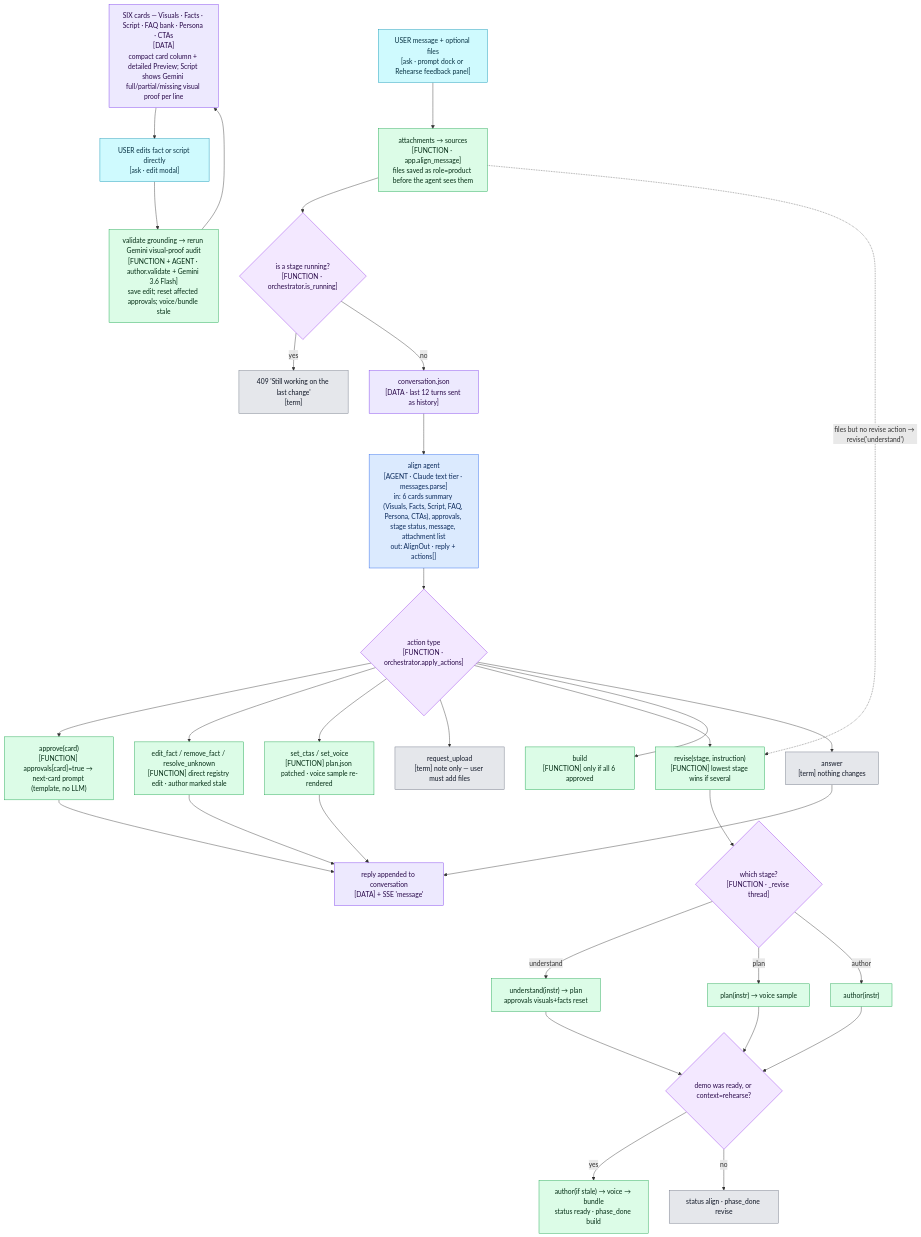
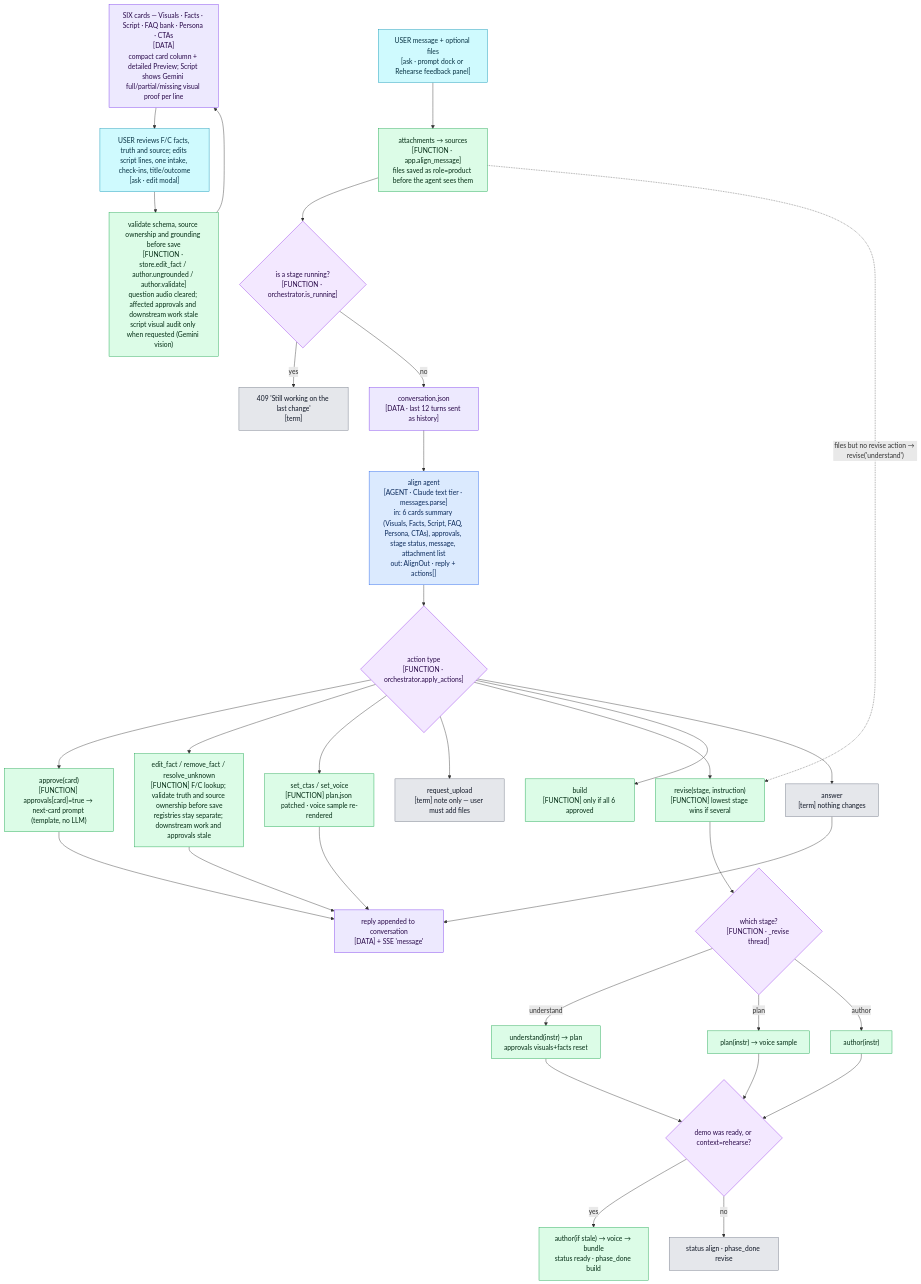
One commit to APareek89/demo-studio changed the diagram in docs/mermaid/03-align.mmd. Above: the diagram before and after it, drawn with Mermaid. The commit also changed 47 other files, not shown here.

```diff
--- a/docs/mermaid/03-align.mmd
+++ b/docs/mermaid/03-align.mmd
@@ -1,56 +1,56 @@
 %% 03 · Align loop — one prompt dock, one agent, structured actions
 flowchart TD
   N6["SIX cards — Visuals · Facts · Script · FAQ bank · Persona · CTAs<br/>[DATA]<br/>compact card column + detailed Preview; Script shows Gemini full/partial/missing visual proof per line"]:::data
   MSG["USER message + optional files<br/>[ask · prompt dock or Rehearse feedback panel]"]:::ask
   ATT["attachments → sources<br/>[FUNCTION · app.align_message]<br/>files saved as role=product before the agent sees them"]:::fn
   BUSY{"is a stage running?<br/>[FUNCTION · orchestrator.is_running]"}:::dec
   WAIT["409 'Still working on the last change'<br/>[term]"]:::term
   HIST["conversation.json<br/>[DATA · last 12 turns sent as history]"]:::data
   AGENT["align agent<br/>[AGENT · Claude text tier · messages.parse]<br/>in: 6 cards summary (Visuals, Facts, Script, FAQ, Persona, CTAs), approvals, stage status, message, attachment list<br/>out: AlignOut · reply + actions[]"]:::agent
   APPLY{"action type<br/>[FUNCTION · orchestrator.apply_actions]"}:::dec
   A1["approve(card)<br/>[FUNCTION] approvals[card]=true → next-card prompt (template, no LLM)"]:::fn
-  A2["edit_fact / remove_fact / resolve_unknown<br/>[FUNCTION] direct registry edit · author marked stale"]:::fn
+  A2["edit_fact / remove_fact / resolve_unknown<br/>[FUNCTION] F/C lookup; validate truth and source ownership before save<br/>registries stay separate; downstream work and approvals stale"]:::fn
   A3["set_ctas / set_voice<br/>[FUNCTION] plan.json patched · voice sample re-rendered"]:::fn
   A4["request_upload<br/>[term] note only — user must add files"]:::term
   A5["revise(stage, instruction)<br/>[FUNCTION] lowest stage wins if several"]:::fn
   A6["build<br/>[FUNCTION] only if all 6 approved"]:::fn
   A7["answer<br/>[term] nothing changes"]:::term
-  EDIT["USER edits fact or script directly<br/>[ask · edit modal]"]:::ask
-  SAVEEDIT["validate grounding → rerun Gemini visual-proof audit<br/>[FUNCTION + AGENT · author.validate + Gemini 3.6 Flash]<br/>save edit; reset affected approvals; voice/bundle stale"]:::fn
+  EDIT["USER reviews F/C facts, truth and source; edits script lines, one intake, check-ins, title/outcome<br/>[ask · edit modal]"]:::ask
+  SAVEEDIT["validate schema, source ownership and grounding before save<br/>[FUNCTION · store.edit_fact / author.ungrounded / author.validate]<br/>question audio cleared; affected approvals and downstream work stale<br/>script visual audit only when requested (Gemini vision)"]:::fn
   REV{"which stage?<br/>[FUNCTION · _revise thread]"}:::dec
   R1["understand(instr) → plan<br/>approvals visuals+facts reset"]:::fn
   R2["plan(instr) → voice sample"]:::fn
   R3["author(instr)"]:::fn
   RB{"demo was ready, or context=rehearse?"}:::dec
   RBUILD["author(if stale) → voice → bundle<br/>status ready · phase_done build"]:::fn
   RALIGN["status align · phase_done revise"]:::term
   REPLY["reply appended to conversation<br/>[DATA] + SSE 'message'"]:::data
 
   MSG --> ATT --> BUSY
   BUSY -- "yes" --> WAIT
   BUSY -- "no" --> HIST --> AGENT --> APPLY
   APPLY --> A1
   APPLY --> A2
   APPLY --> A3
   APPLY --> A4
   APPLY --> A5 --> REV
   APPLY --> A6
   APPLY --> A7
   REV -- "understand" --> R1 --> RB
   REV -- "plan" --> R2 --> RB
   REV -- "author" --> R3 --> RB
   RB -- "yes" --> RBUILD
   RB -- "no" --> RALIGN
   A1 --> REPLY
   A2 --> REPLY
   A3 --> REPLY
   A7 --> REPLY
   ATT -.->|"files but no revise action → revise('understand')"| A5
   N6 --> EDIT --> SAVEEDIT --> N6
 
   classDef agent fill:#dbeafe,stroke:#2563eb,color:#0b2a5b;
   classDef fn fill:#dcfce7,stroke:#16a34a,color:#052e16;
   classDef dec fill:#f3e8ff,stroke:#9333ea,color:#2a0a4a;
   classDef term fill:#e5e7eb,stroke:#6b7280,color:#111827;
   classDef ask fill:#cffafe,stroke:#0891b2,color:#083344;
   classDef data fill:#ede9fe,stroke:#7c3aed,color:#2a0a4a;
```
